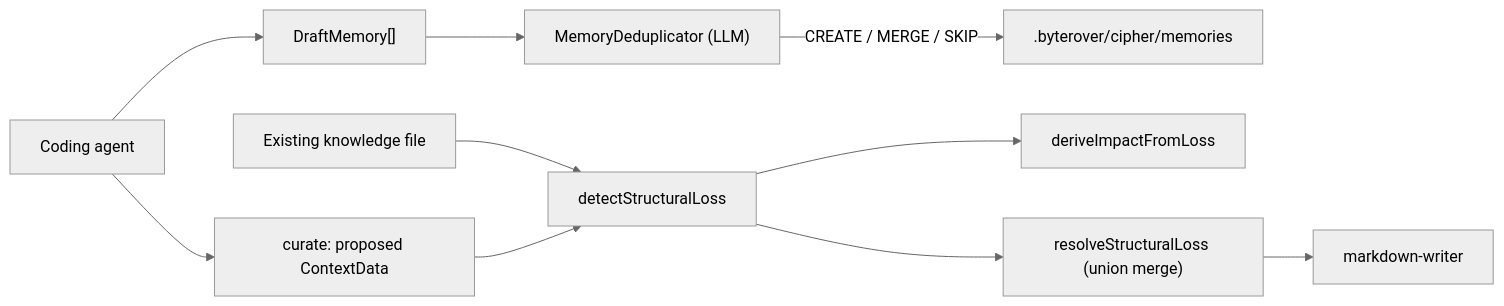
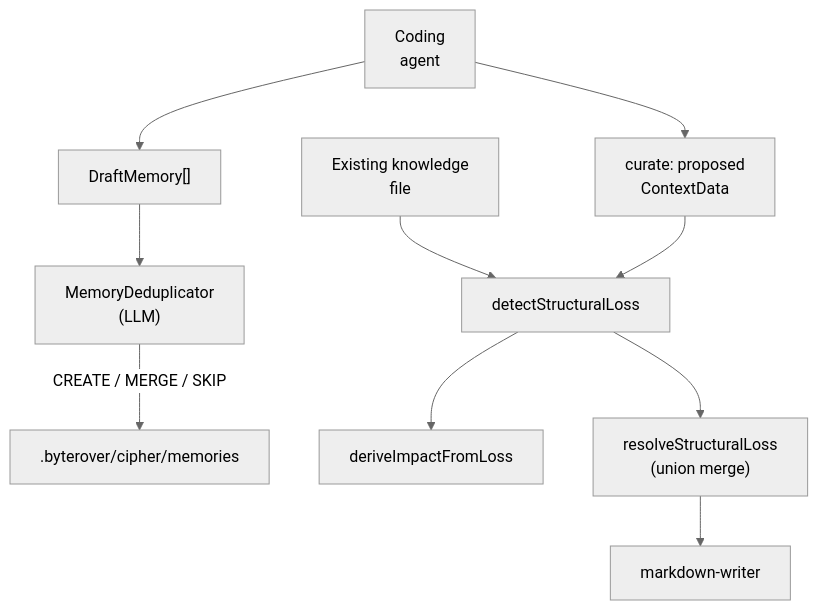
One commit to neoneye/agent-memory-atlas changed the diagram in content/systems/byterover.md. Above: the diagram before and after it, drawn with Mermaid (neutral theme). The commit also changed 99 other files, not shown here.

First line of the commit message:
Reshape the remaining 49 diagrams so their labels are legible

````diff
--- a/content/systems/byterover.md
+++ b/content/systems/byterover.md
@@ -124,12 +124,12 @@
 ```mermaid
-flowchart LR
-  Agent["Coding agent"] --> Drafts["DraftMemory[]"]
-  Drafts --> Dedup["MemoryDeduplicator (LLM)"]
+flowchart TD
+  Agent["Coding<br/>agent"] --> Drafts["DraftMemory[]"]
+  Drafts --> Dedup["MemoryDeduplicator<br/>(LLM)"]
   Dedup -->|CREATE / MERGE / SKIP| Store[".byterover/cipher/memories"]
-  Agent --> Curate["curate: proposed ContextData"]
-  Existing["Existing knowledge file"] --> Detect["detectStructuralLoss"]
+  Agent --> Curate["curate: proposed<br/>ContextData"]
+  Existing["Existing knowledge<br/>file"] --> Detect["detectStructuralLoss"]
   Curate --> Detect
   Detect --> Impact["deriveImpactFromLoss"]
-  Detect --> Resolve["resolveStructuralLoss (union merge)"]
+  Detect --> Resolve["resolveStructuralLoss<br/>(union merge)"]
   Resolve --> Write["markdown-writer"]
 ```
````
